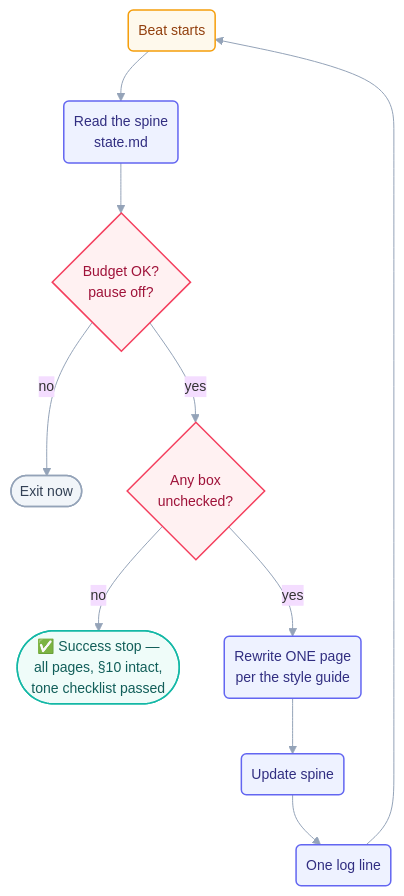
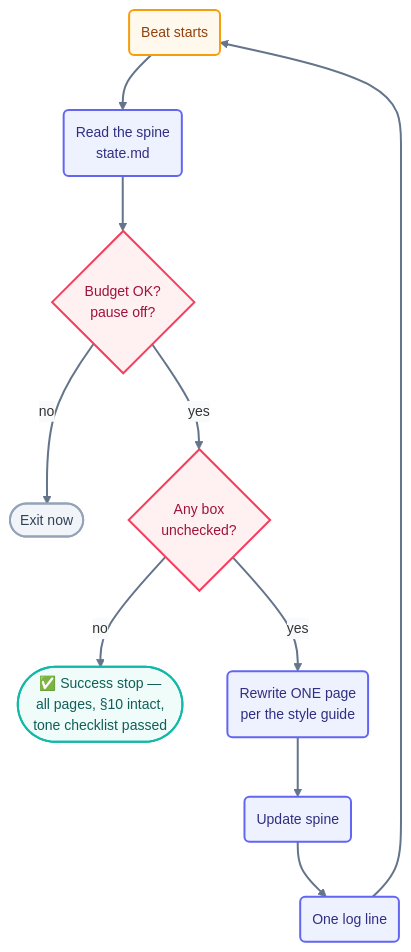
Before and after one commit to ayeshakhalid192007-dev/LoopEngineering-CrashCourse: the diagram in loops/day2/step-writer/loop.md, drawn with Mermaid. The commit also changed 66 other files, not shown here.

First line of the commit message:
docs(diagrams): bolden and unify all 70 mermaid diagrams

````diff
--- a/loops/day2/step-writer/loop.md
+++ b/loops/day2/step-writer/loop.md
@@ -91,16 +91,17 @@
 ```mermaid
-%%{init: {'theme':'base','themeVariables':{'fontFamily':'ui-sans-serif, system-ui, sans-serif','fontSize':'14px','lineColor':'#94a3b8'},'flowchart':{'curve':'basis','nodeSpacing':45,'rankSpacing':50,'padding':10}}}%%
+%%{init: {'theme':'base','themeVariables':{'fontFamily':'ui-sans-serif, system-ui, sans-serif','fontSize':'14px','lineColor':'#64748b','edgeLabelBackground':'#f8fafc'},'flowchart':{'curve':'basis','nodeSpacing':45,'rankSpacing':55,'padding':12}}}%%
 flowchart TD
     S("Beat starts"):::time --> SPINE("Read the spine<br/>state.md"):::beat
     SPINE --> BUDGET{"Budget OK?<br/>pause off?"}:::limit
     BUDGET -->|no| EXIT(["Exit now"]):::stop
     BUDGET -->|yes| DONE{"Any box<br/>unchecked?"}:::limit
     DONE -->|no| WIN(["✅ Success stop —<br/>all pages, §10 intact,<br/>tone checklist passed"]):::win
     DONE -->|yes| WORK("Rewrite ONE page<br/>per the style guide"):::beat
     WORK --> UPD("Update spine"):::beat --> LOG("One log line"):::beat --> S
-    classDef time fill:#fef9ec,stroke:#f59e0b,stroke-width:1.5px,color:#92400e;
-    classDef beat fill:#eef2ff,stroke:#6366f1,stroke-width:1.5px,color:#312e81;
-    classDef limit fill:#fff1f2,stroke:#f43f5e,stroke-width:1.5px,color:#9f1239;
-    classDef stop fill:#f1f5f9,stroke:#94a3b8,stroke-width:1.5px,color:#334155;
-    classDef win fill:#effcf9,stroke:#14b8a6,stroke-width:1.5px,color:#115e59;
+    linkStyle default stroke:#64748b,stroke-width:2px;
+    classDef time fill:#fef9ec,stroke:#f59e0b,stroke-width:2px,color:#92400e;
+    classDef beat fill:#eef2ff,stroke:#6366f1,stroke-width:2px,color:#312e81;
+    classDef limit fill:#fff1f2,stroke:#f43f5e,stroke-width:2px,color:#9f1239;
+    classDef stop fill:#f1f5f9,stroke:#94a3b8,stroke-width:2px,color:#334155;
+    classDef win fill:#effcf9,stroke:#14b8a6,stroke-width:2px,color:#115e59;
 ```
````
